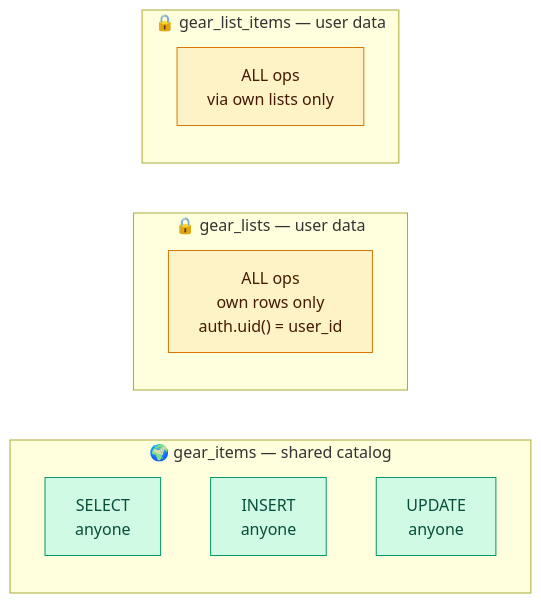
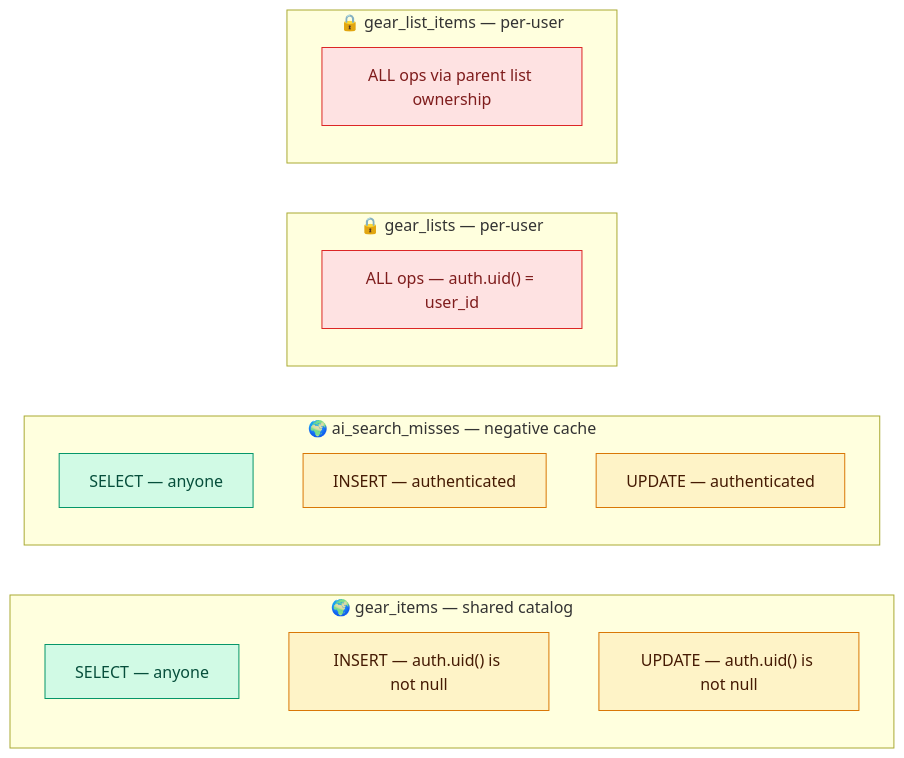
Before and after one commit to alexzhel-io/veloadout: the sixth of 12 diagrams in docs/architecture.md, drawn with Mermaid. The commit also changed other lines of this file and 1 other file, not shown here.

First line of the commit message:
docs: rewrite architecture & operations as narrative — reads like an article

````diff
--- a/docs/architecture.md
+++ b/docs/architecture.md
@@ -271,22 +547,31 @@
 ```mermaid
 graph LR
     subgraph gear_items["🌍 gear_items — shared catalog"]
-        GI_R["SELECT<br>anyone"]
-        GI_I["INSERT<br>anyone"]
-        GI_U["UPDATE<br>anyone"]
+        GI_R["SELECT — anyone"]
+        GI_I["INSERT — auth.uid() is not null"]
+        GI_U["UPDATE — auth.uid() is not null"]
     end
 
-    subgraph gear_lists["🔒 gear_lists — user data"]
-        GL_ALL["ALL ops<br>own rows only<br>auth.uid() = user_id"]
+    subgraph ai_search_misses["🌍 ai_search_misses — negative cache"]
+        AM_R["SELECT — anyone"]
+        AM_I["INSERT — authenticated"]
+        AM_U["UPDATE — authenticated"]
     end
 
-    subgraph gear_list_items["🔒 gear_list_items — user data"]
-        GLI_ALL["ALL ops<br>via own lists only"]
+    subgraph gear_lists["🔒 gear_lists — per-user"]
+        GL_ALL["ALL ops — auth.uid() = user_id"]
+    end
+
+    subgraph gear_list_items["🔒 gear_list_items — per-user"]
+        GLI_ALL["ALL ops via parent list ownership"]
     end
 
     style GI_R fill:#d1fae5,stroke:#059669,color:#064e3b
-    style GI_I fill:#d1fae5,stroke:#059669,color:#064e3b
-    style GI_U fill:#d1fae5,stroke:#059669,color:#064e3b
-    style GL_ALL fill:#fef3c7,stroke:#d97706,color:#451a03
-    style GLI_ALL fill:#fef3c7,stroke:#d97706,color:#451a03
+    style GI_I fill:#fef3c7,stroke:#d97706,color:#451a03
+    style GI_U fill:#fef3c7,stroke:#d97706,color:#451a03
+    style AM_R fill:#d1fae5,stroke:#059669,color:#064e3b
+    style AM_I fill:#fef3c7,stroke:#d97706,color:#451a03
+    style AM_U fill:#fef3c7,stroke:#d97706,color:#451a03
+    style GL_ALL fill:#fee2e2,stroke:#dc2626,color:#7f1d1d
+    style GLI_ALL fill:#fee2e2,stroke:#dc2626,color:#7f1d1d
 ```
````
